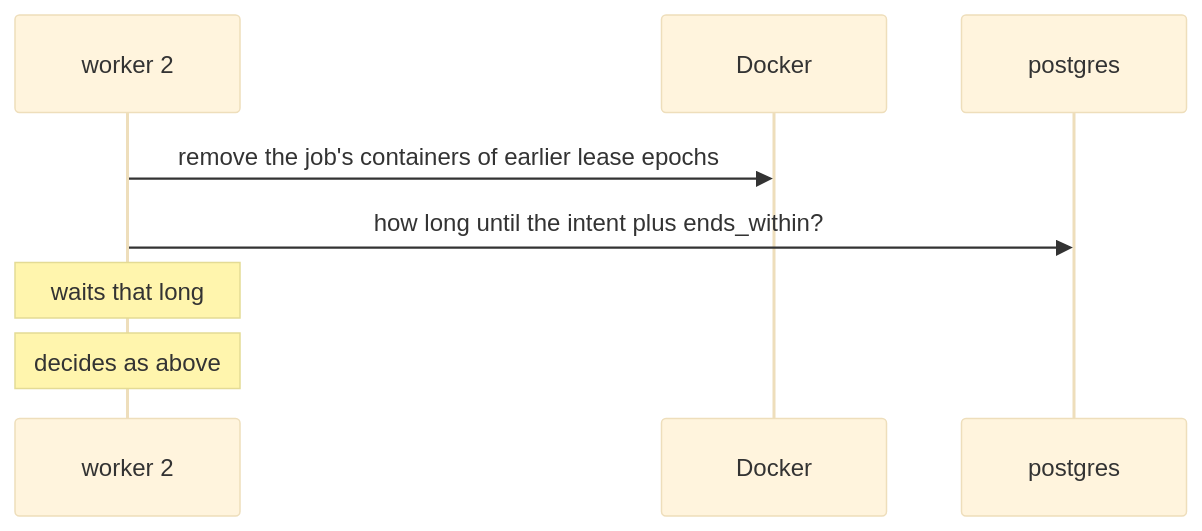
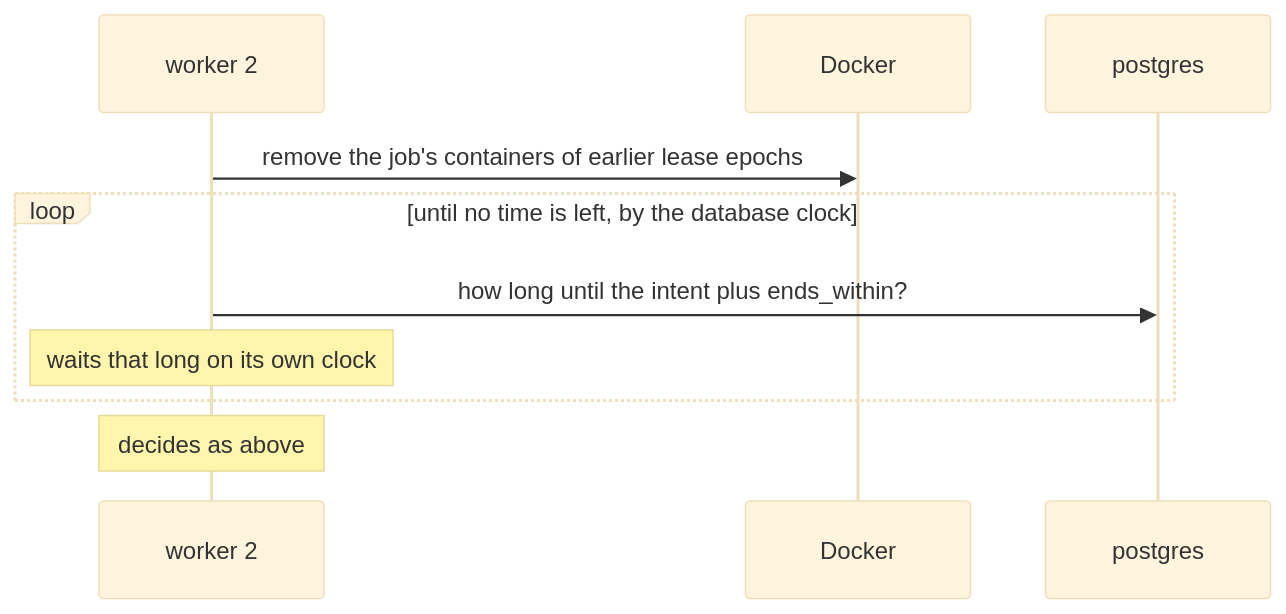
Before and after one commit to sindredg/agent-runtime: the second of 2 diagrams in docs/interrupted-calls.md, drawn with Mermaid (base theme). The commit also changed other lines of this file and 3 other files, not shown here.

````diff
--- a/docs/interrupted-calls.md
+++ b/docs/interrupted-calls.md
@@ -67,10 +67,12 @@
 ```mermaid
 sequenceDiagram
     participant W2 as worker 2
     participant K as Docker
     participant D as postgres
     W2->>K: remove the job's containers of earlier lease epochs
-    W2->>D: how long until the intent plus ends_within?
-    Note over W2: waits that long
+    loop until no time is left, by the database clock
+        W2->>D: how long until the intent plus ends_within?
+        Note over W2: waits that long on its own clock
+    end
     Note over W2: decides as above
 ```
````
